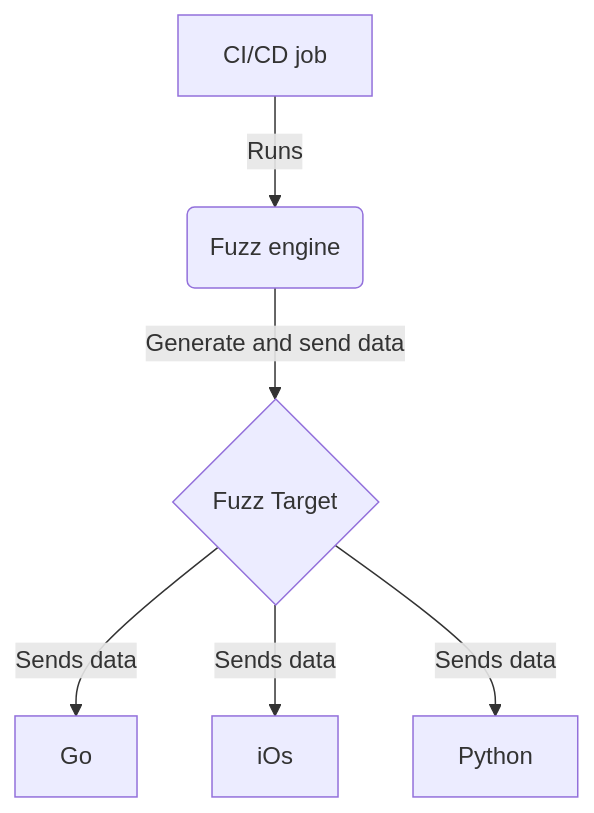
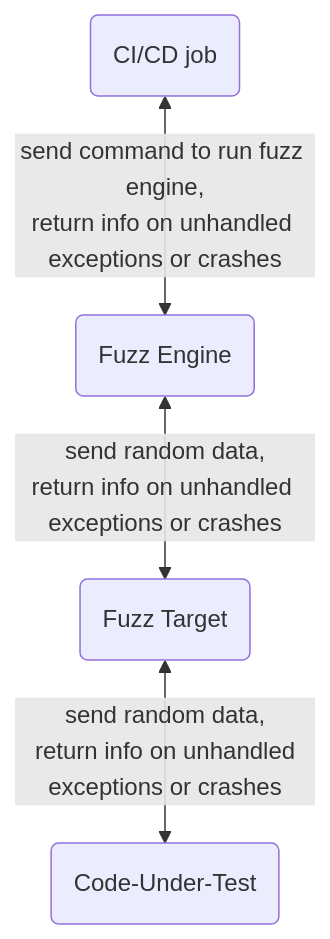
The diagram in customer-success/professional-services-engineering/education-services/secessentialshandson5.html.md (secretstartups/handbook), drawn with Mermaid before and after one commit. The commit also changed other lines of this file and 6 other files, not shown here.

````diff
--- a/customer-success/professional-services-engineering/education-services/secessentialshandson5.html.md
+++ b/customer-success/professional-services-engineering/education-services/secessentialshandson5.html.md
@@ -49,8 +27,6 @@
 ```mermaid
-graph TD
-    A[CI/CD job] -->|Runs| B(Fuzz engine)
-    B --> |Generate and send data| C{Fuzz Target}
-    C -->|Sends data| D[Go]
-    C -->|Sends data| E[iOs]
-    C -->|Sends data| F[Python]
+flowchart TD
+    A(CI/CD job) <-- send command to run fuzz engine,<br/>return info on unhandled exceptions or crashes --> B(Fuzz Engine) 
+    B <-- send random data,<br/>return info on unhandled exceptions or crashes --> C(Fuzz Target) 
+    C <-- send random data,<br/> return info on unhandled exceptions or crashes --> D(Code-Under-Test)
 ```
````
